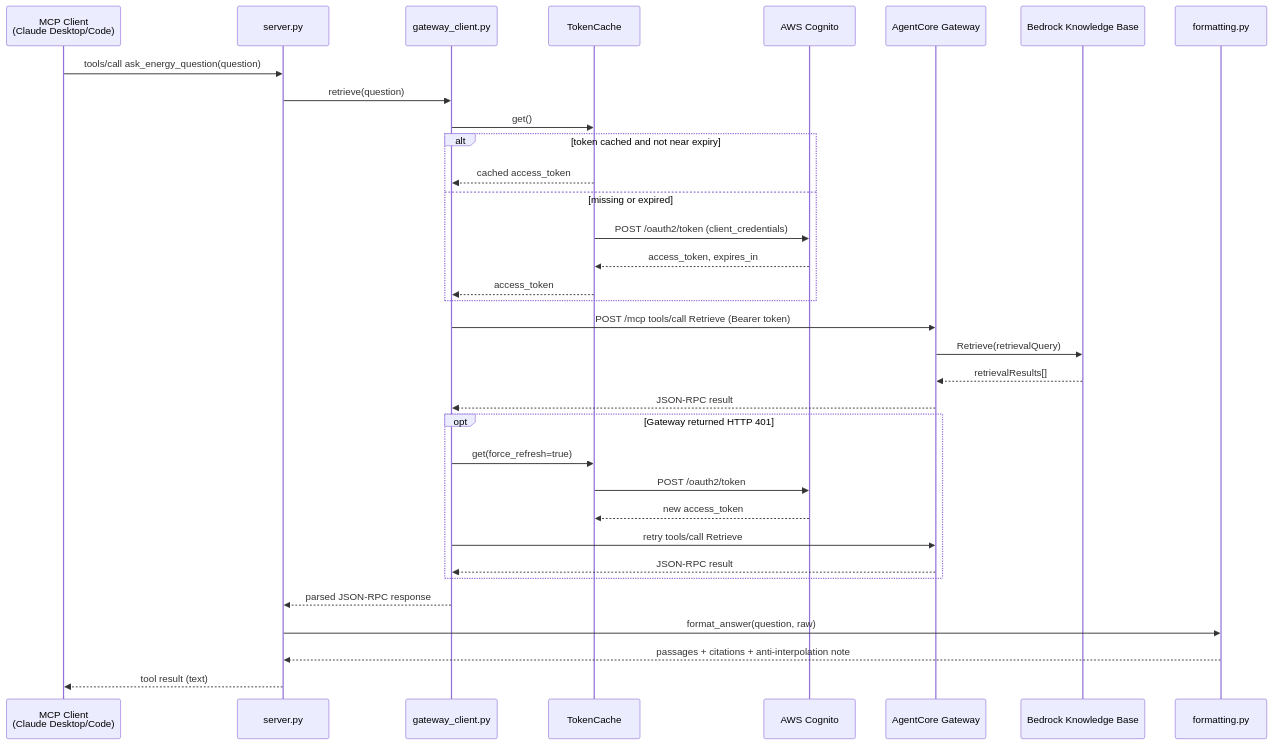
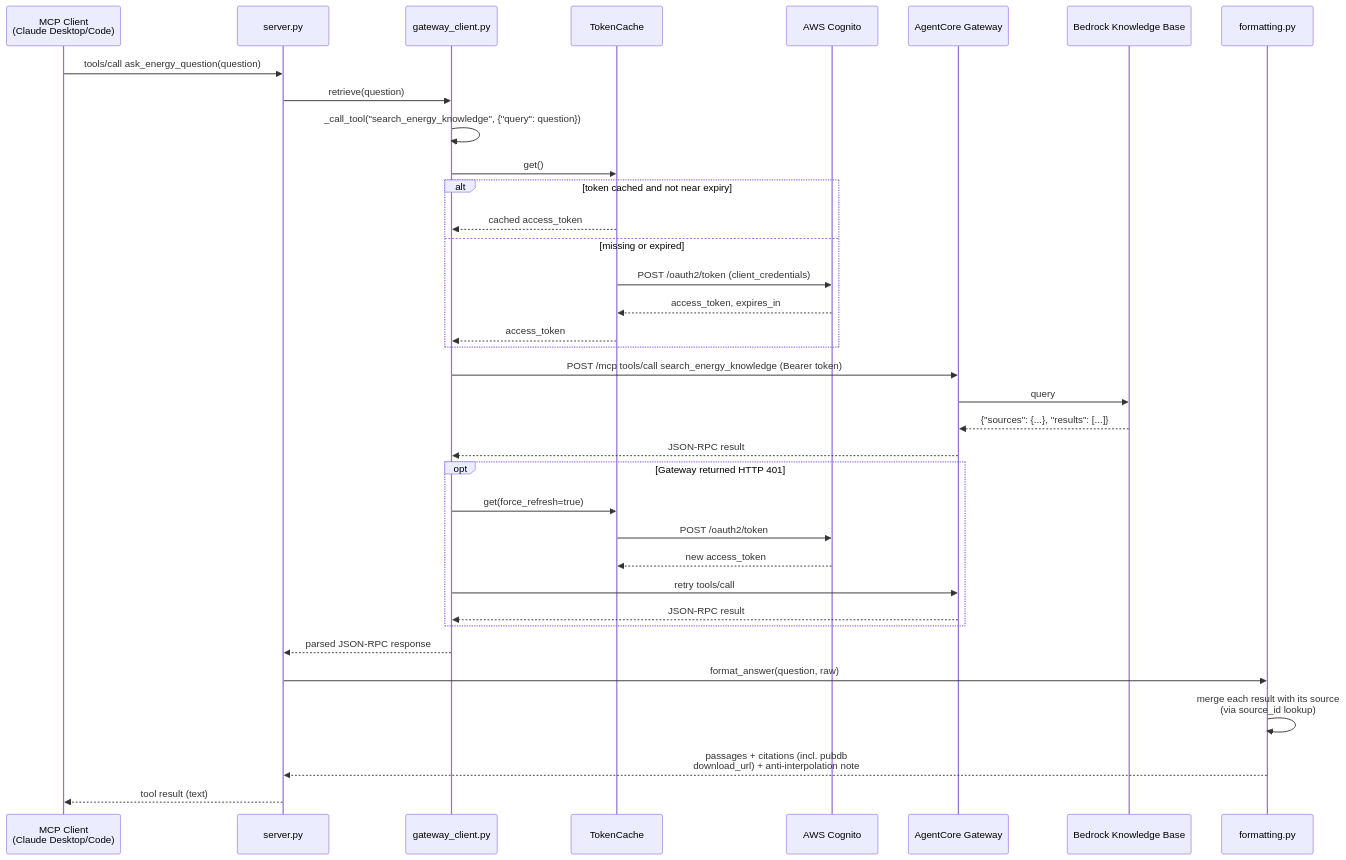
The second of 3 diagrams in documentation/architecture.md (SFOE-Hackathons/EnergyDataHackdays2026-Brugg-Open-Energy-Knowledge-Gateway), drawn with Mermaid before and after one commit. The commit also changed other lines of this file and 10 other files, not shown here.

````diff
--- a/documentation/architecture.md
+++ b/documentation/architecture.md
@@ -88,37 +113,39 @@
 ```mermaid
 sequenceDiagram
     participant Client as MCP Client<br/>(Claude Desktop/Code)
     participant Server as server.py
     participant GWClient as gateway_client.py
     participant Cache as TokenCache
     participant Cognito as AWS Cognito
     participant Gateway as AgentCore Gateway
     participant KB as Bedrock Knowledge Base
     participant Fmt as formatting.py
 
     Client->>Server: tools/call ask_energy_question(question)
     Server->>GWClient: retrieve(question)
+    GWClient->>GWClient: _call_tool("search_energy_knowledge", {"query": question})
     GWClient->>Cache: get()
     alt token cached and not near expiry
         Cache-->>GWClient: cached access_token
     else missing or expired
         Cache->>Cognito: POST /oauth2/token (client_credentials)
         Cognito-->>Cache: access_token, expires_in
         Cache-->>GWClient: access_token
     end
-    GWClient->>Gateway: POST /mcp tools/call Retrieve (Bearer token)
-    Gateway->>KB: Retrieve(retrievalQuery)
-    KB-->>Gateway: retrievalResults[]
+    GWClient->>Gateway: POST /mcp tools/call search_energy_knowledge (Bearer token)
+    Gateway->>KB: query
+    KB-->>Gateway: {"sources": {...}, "results": [...]}
     Gateway-->>GWClient: JSON-RPC result
     opt Gateway returned HTTP 401
         GWClient->>Cache: get(force_refresh=true)
         Cache->>Cognito: POST /oauth2/token
         Cognito-->>Cache: new access_token
-        GWClient->>Gateway: retry tools/call Retrieve
+        GWClient->>Gateway: retry tools/call
         Gateway-->>GWClient: JSON-RPC result
     end
     GWClient-->>Server: parsed JSON-RPC response
     Server->>Fmt: format_answer(question, raw)
-    Fmt-->>Server: passages + citations + anti-interpolation note
+    Fmt->>Fmt: merge each result with its source<br/>(via source_id lookup)
+    Fmt-->>Server: passages + citations (incl. pubdb<br/>download_url) + anti-interpolation note
     Server-->>Client: tool result (text)
 ```
````
